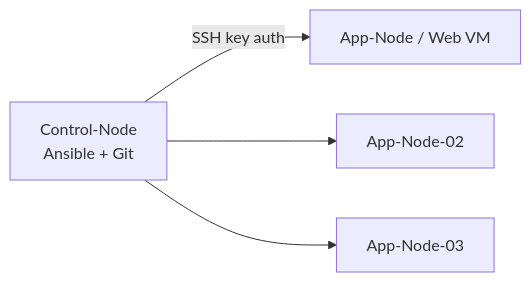
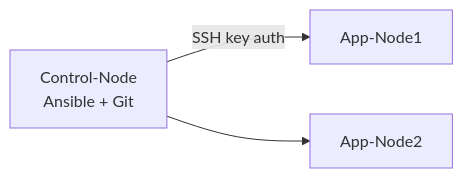
Before and after one commit to mrbobbyboykin/Projects: the diagram in README.md, drawn with Mermaid. The commit also changed other lines of this file and 2 other files, not shown here.

Commit message:
docs: sync README and inventory for two app nodes

````diff
--- a/README.md
+++ b/README.md
@@ -7,10 +7,8 @@
 ```mermaid
 flowchart LR
   CN[Control-Node\nAnsible + Git]
-  A1[App-Node / Web VM]
-  A2[App-Node-02]
-  A3[App-Node-03]
+  A1[App-Node1]
+  A2[App-Node2]
   CN -->|SSH key auth| A1
   CN --> A2
-  CN --> A3
 ```
````
